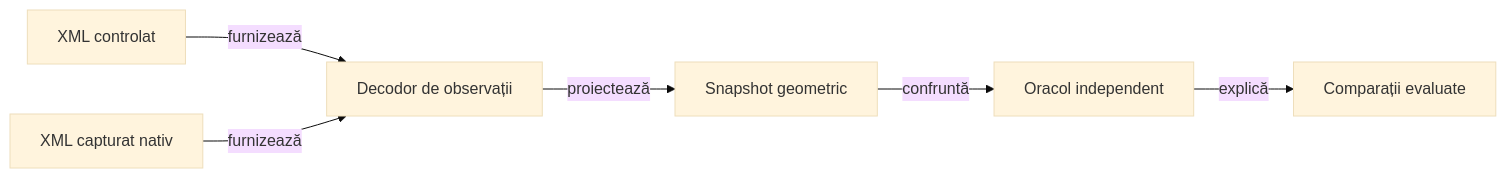
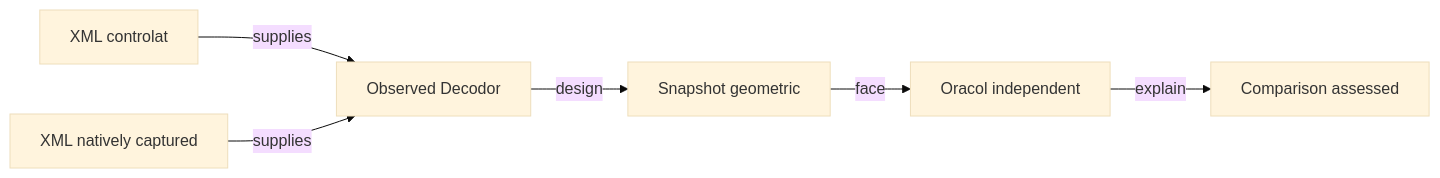
The diagram in docs/testing/ATF_DisplayComponents.md (crististefanita/atf_j4), drawn with Mermaid (base theme) before and after one commit. The commit also changed other lines of this file and 122 other files, not shown here.

````diff
--- a/docs/testing/ATF_DisplayComponents.md
+++ b/docs/testing/ATF_DisplayComponents.md
@@ -9,8 +9,8 @@
 ```mermaid
 flowchart LR
-    MOCK[XML controlat] -->|furnizează| DECODE[Decodor de observații]
-    DEVICE[XML capturat nativ] -->|furnizează| DECODE
-    DECODE -->|proiectează| SNAPSHOT[Snapshot geometric]
-    SNAPSHOT -->|confruntă| ORACLE[Oracol independent]
-    ORACLE -->|explică| RESULT[Comparații evaluate]
+    MOCK[XML controlat] -->|supplies| DECODE[Observed Decodor]
+    DEVICE[XML natively captured] -->|supplies| DECODE
+    DECODE -->|design| SNAPSHOT[Snapshot geometric]
+    SNAPSHOT -->|face| ORACLE[Oracol independent]
+    ORACLE -->|explain| RESULT[Comparison assessed]
 ```
````
